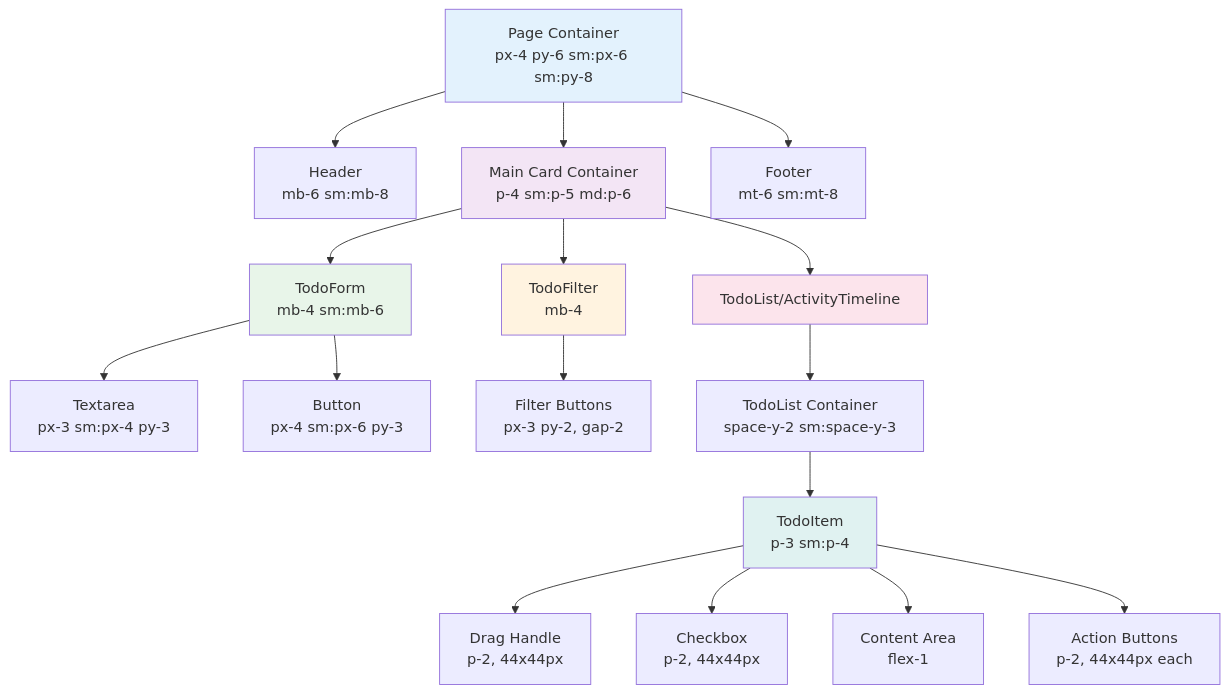
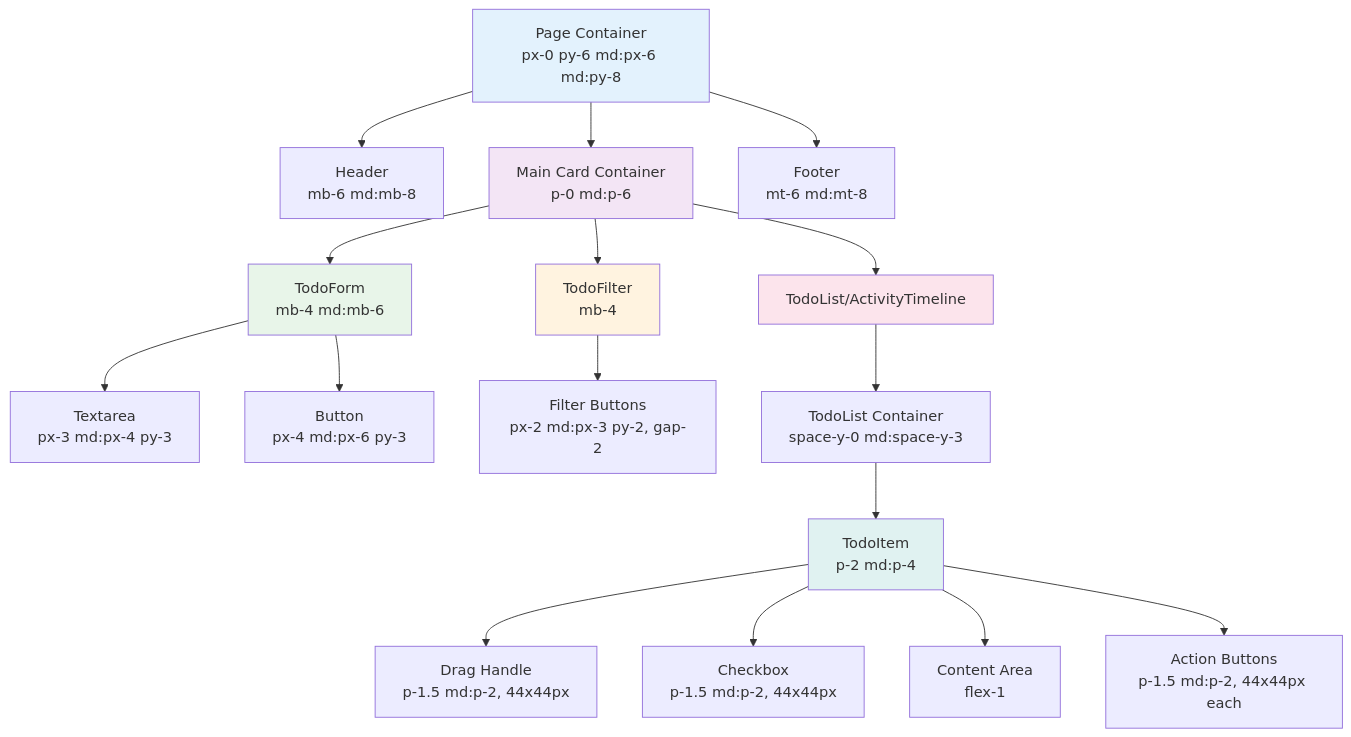
Before and after one commit to mikiwiik/instructions-only-claude-coding: the diagram in docs/design/layout-and-spacing-reference.md, drawn with Mermaid. The commit also changed other lines of this file, not shown here.

````diff
--- a/docs/design/layout-and-spacing-reference.md
+++ b/docs/design/layout-and-spacing-reference.md
@@ -39,30 +39,30 @@
 ```mermaid
 graph TB
-    A[Page Container<br/>px-4 py-6 sm:px-6 sm:py-8] --> B[Header<br/>mb-6 sm:mb-8]
-    A --> C[Main Card Container<br/>p-4 sm:p-5 md:p-6]
-    A --> D[Footer<br/>mt-6 sm:mt-8]
+    A[Page Container<br/>px-0 py-6 md:px-6 md:py-8] --> B[Header<br/>mb-6 md:mb-8]
+    A --> C[Main Card Container<br/>p-0 md:p-6]
+    A --> D[Footer<br/>mt-6 md:mt-8]
 
-    C --> E[TodoForm<br/>mb-4 sm:mb-6]
+    C --> E[TodoForm<br/>mb-4 md:mb-6]
     C --> F[TodoFilter<br/>mb-4]
     C --> G[TodoList/ActivityTimeline]
 
-    E --> E1[Textarea<br/>px-3 sm:px-4 py-3]
-    E --> E2[Button<br/>px-4 sm:px-6 py-3]
+    E --> E1[Textarea<br/>px-3 md:px-4 py-3]
+    E --> E2[Button<br/>px-4 md:px-6 py-3]
 
-    F --> F1[Filter Buttons<br/>px-3 py-2, gap-2]
+    F --> F1[Filter Buttons<br/>px-2 md:px-3 py-2, gap-2]
 
-    G --> H[TodoList Container<br/>space-y-2 sm:space-y-3]
-    H --> I[TodoItem<br/>p-3 sm:p-4]
+    G --> H[TodoList Container<br/>space-y-0 md:space-y-3]
+    H --> I[TodoItem<br/>p-2 md:p-4]
 
-    I --> I1[Drag Handle<br/>p-2, 44x44px]
-    I --> I2[Checkbox<br/>p-2, 44x44px]
+    I --> I1[Drag Handle<br/>p-1.5 md:p-2, 44x44px]
+    I --> I2[Checkbox<br/>p-1.5 md:p-2, 44x44px]
     I --> I3[Content Area<br/>flex-1]
-    I --> I4[Action Buttons<br/>p-2, 44x44px each]
+    I --> I4[Action Buttons<br/>p-1.5 md:p-2, 44x44px each]
 
     style A fill:#e3f2fd
     style C fill:#f3e5f5
     style E fill:#e8f5e9
     style F fill:#fff3e0
     style G fill:#fce4ec
     style I fill:#e0f2f1
 ```
````
